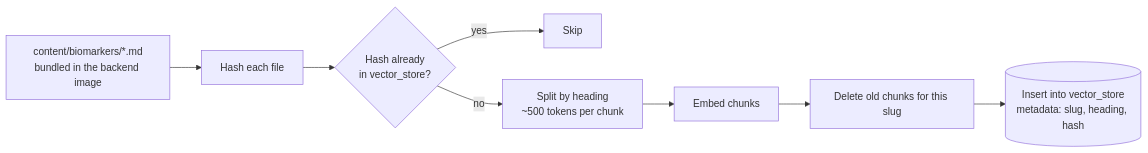
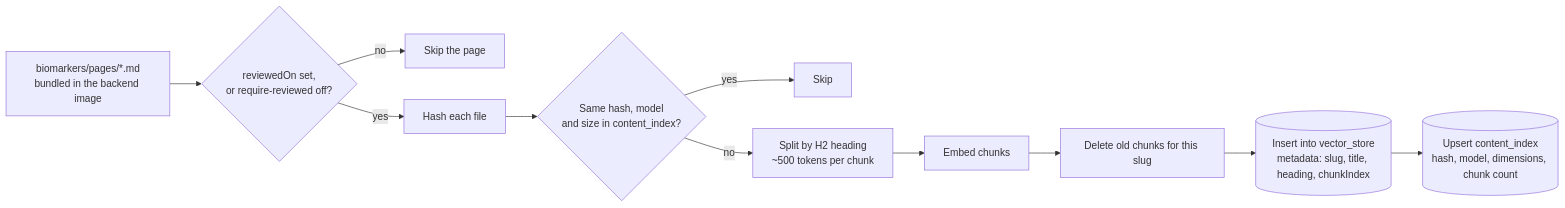
Before and after one commit to SaqibCod/medi-scan: diagram 18 of 20 in docs/dataflow.md, drawn with Mermaid. The commit also changed other lines of this file and 4 other files, not shown here.

First line of the commit message:
docs(5): the contract, flows and rules for chat, before the code

````diff
--- a/docs/dataflow.md
+++ b/docs/dataflow.md
@@ -634,10 +681,13 @@
 ```mermaid
 flowchart LR
-    F["content/biomarkers/*.md<br/>bundled in the backend image"] --> H["Hash each file"]
-    H --> CMP{"Hash already<br/>in vector_store?"}
+    F["biomarkers/pages/*.md<br/>bundled in the backend image"] --> R{"reviewedOn set,<br/>or require-reviewed off?"}
+    R -->|"no"| SKIPR["Skip the page"]
+    R -->|"yes"| H["Hash each file"]
+    H --> CMP{"Same hash, model<br/>and size in content_index?"}
     CMP -->|"yes"| SKIP["Skip"]
-    CMP -->|"no"| CH["Split by heading<br/>~500 tokens per chunk"]
+    CMP -->|"no"| CH["Split by H2 heading<br/>~500 tokens per chunk"]
     CH --> EMB["Embed chunks"]
     EMB --> DEL["Delete old chunks for this slug"]
-    DEL --> INS[("Insert into vector_store<br/>metadata: slug, heading, hash")]
+    DEL --> INS[("Insert into vector_store<br/>metadata: slug, title, heading, chunkIndex")]
+    INS --> UPD[("Upsert content_index<br/>hash, model, dimensions, chunk count")]
 ```
````
